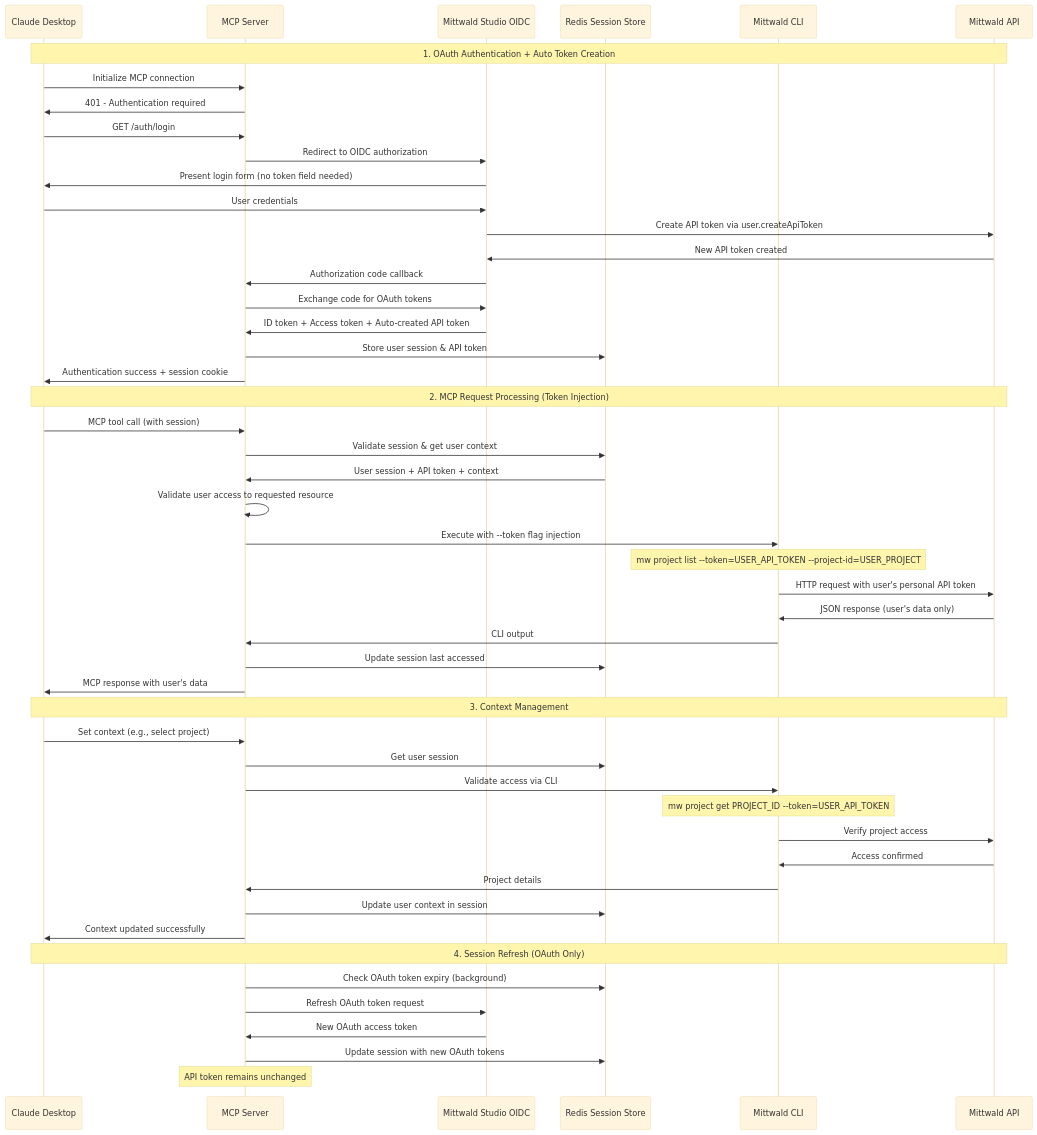
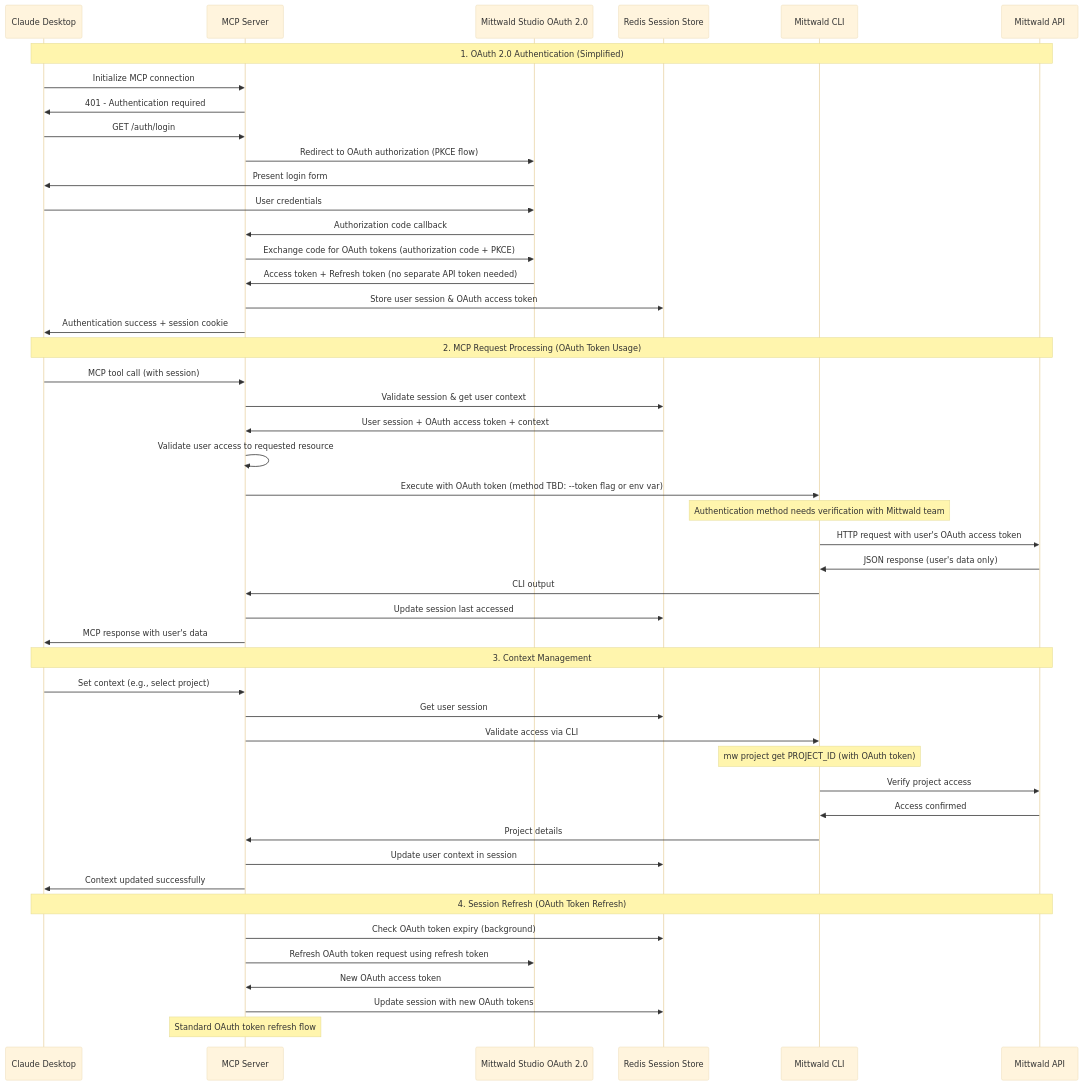
One commit to mittwald/mcp-server changed the diagram in OAUTH_MCP_PROPOSAL.md. Above: the diagram before and after it, drawn with Mermaid (base theme). The commit also changed other lines of this file, not shown here.

````diff
--- a/OAUTH_MCP_PROPOSAL.md
+++ b/OAUTH_MCP_PROPOSAL.md
@@ -131,55 +137,53 @@
 ```mermaid
 sequenceDiagram
     participant Claude as Claude Desktop
     participant MCP as MCP Server
-    participant Studio as Mittwald Studio OIDC
+    participant Studio as Mittwald Studio OAuth 2.0
     participant Redis as Redis Session Store
     participant CLI as Mittwald CLI
     participant API as Mittwald API
 
-    Note over Claude,API: 1. OAuth Authentication + Auto Token Creation
+    Note over Claude,API: 1. OAuth 2.0 Authentication (Simplified)
     Claude->>MCP: Initialize MCP connection
     MCP->>Claude: 401 - Authentication required
     Claude->>MCP: GET /auth/login
-    MCP->>Studio: Redirect to OIDC authorization
-    Studio->>Claude: Present login form (no token field needed)
+    MCP->>Studio: Redirect to OAuth authorization (PKCE flow)
+    Studio->>Claude: Present login form
     Claude->>Studio: User credentials
-    Studio->>API: Create API token via user.createApiToken
-    API->>Studio: New API token created
     Studio->>MCP: Authorization code callback
-    MCP->>Studio: Exchange code for OAuth tokens
-    Studio->>MCP: ID token + Access token + Auto-created API token
-    MCP->>Redis: Store user session & API token
+    MCP->>Studio: Exchange code for OAuth tokens (authorization code + PKCE)
+    Studio->>MCP: Access token + Refresh token (no separate API token needed)
+    MCP->>Redis: Store user session & OAuth access token
     MCP->>Claude: Authentication success + session cookie
 
-    Note over Claude,API: 2. MCP Request Processing (Token Injection)
+    Note over Claude,API: 2. MCP Request Processing (OAuth Token Usage)
     Claude->>MCP: MCP tool call (with session)
     MCP->>Redis: Validate session & get user context
-    Redis->>MCP: User session + API token + context
+    Redis->>MCP: User session + OAuth access token + context
     MCP->>MCP: Validate user access to requested resource
-    MCP->>CLI: Execute with --token flag injection
-    Note over CLI: mw project list --token=USER_API_TOKEN --project-id=USER_PROJECT
-    CLI->>API: HTTP request with user's personal API token
+    MCP->>CLI: Execute with OAuth token (method TBD: --token flag or env var)
+    Note over CLI: Authentication method needs verification with Mittwald team
+    CLI->>API: HTTP request with user's OAuth access token
     API->>CLI: JSON response (user's data only)
     CLI->>MCP: CLI output
     MCP->>Redis: Update session last accessed
     MCP->>Claude: MCP response with user's data
 
     Note over Claude,API: 3. Context Management
     Claude->>MCP: Set context (e.g., select project)
     MCP->>Redis: Get user session
     MCP->>CLI: Validate access via CLI
-    Note over CLI: mw project get PROJECT_ID --token=USER_API_TOKEN
+    Note over CLI: mw project get PROJECT_ID (with OAuth token)
     CLI->>API: Verify project access
     API->>CLI: Access confirmed
     CLI->>MCP: Project details
     MCP->>Redis: Update user context in session
     MCP->>Claude: Context updated successfully
 
-    Note over Claude,API: 4. Session Refresh (OAuth Only)
+    Note over Claude,API: 4. Session Refresh (OAuth Token Refresh)
     MCP->>Redis: Check OAuth token expiry (background)
-    MCP->>Studio: Refresh OAuth token request
+    MCP->>Studio: Refresh OAuth token request using refresh token
     Studio->>MCP: New OAuth access token
     MCP->>Redis: Update session with new OAuth tokens
-    Note over MCP: API token remains unchanged
+    Note over MCP: Standard OAuth token refresh flow
 ```
````
